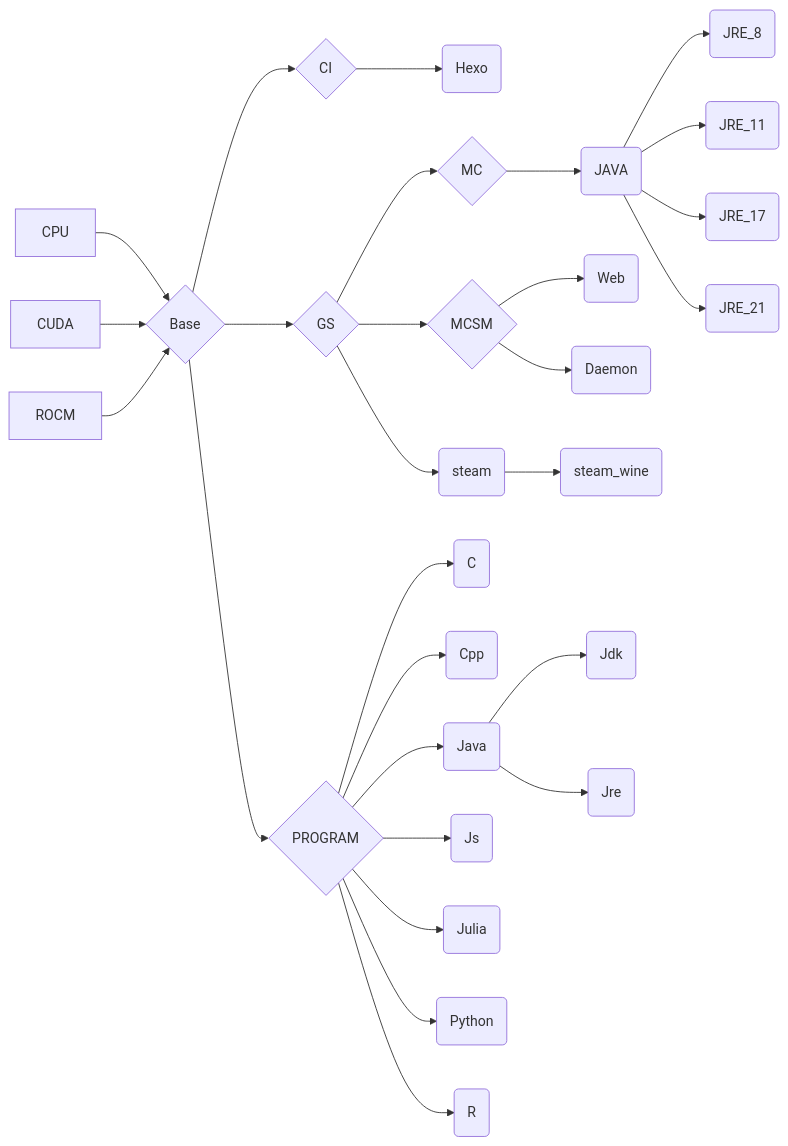
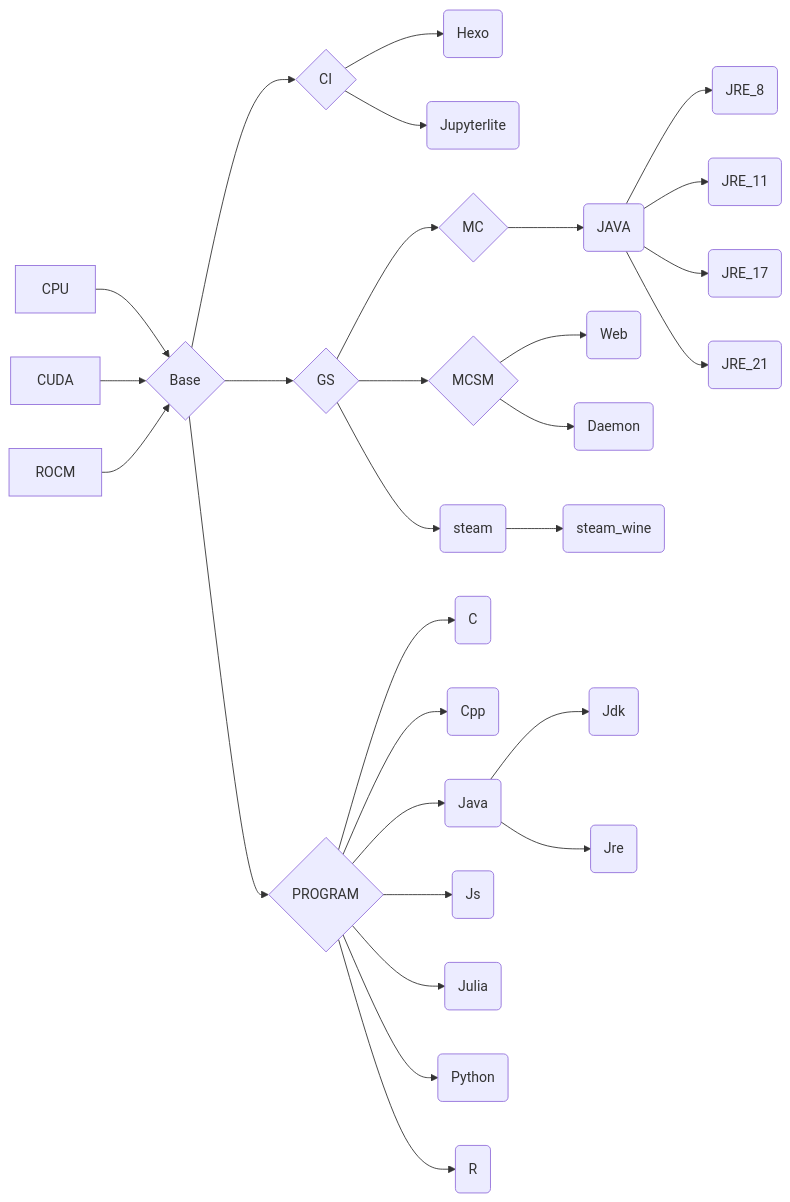
The diagram in README_CN.md (eoeair/cenv), drawn with Mermaid before and after one commit. The commit also changed 2 other files, not shown here.

Commit message:
add jupyterlite

````diff
--- a/README_CN.md
+++ b/README_CN.md
@@ -34,32 +34,33 @@
 ```mermaid
 graph LR
 
 CPU-->B{Base}
 CUDA-->B
 ROCM-->B
 
 B-->C{CI}
 C-->CA(Hexo)
+C-->CB(Jupyterlite)
 
 B-->G{GS}-->GA{MC}-->GAA(JAVA)
 GAA-->GAAA(JRE_8)
 GAA-->GAAB(JRE_11)
 GAA-->GAAC(JRE_17)
 GAA-->GAAD(JRE_21)
 
 G-->GB{MCSM}-->GBA(Web)
 GB-->GBB(Daemon)
 
 G-->GC(steam)-->GCA(steam_wine)
 
 B-->P{PROGRAM}
 P-->PA(C)
 P-->PB(Cpp)
 P-->PC(Java)
 PC-->PCA(Jdk)
 PC-->PCB(Jre)
 P-->PD(Js)
 P-->PE(Julia)
 P-->PF(Python)
 P-->PG(R)
 ```
````
